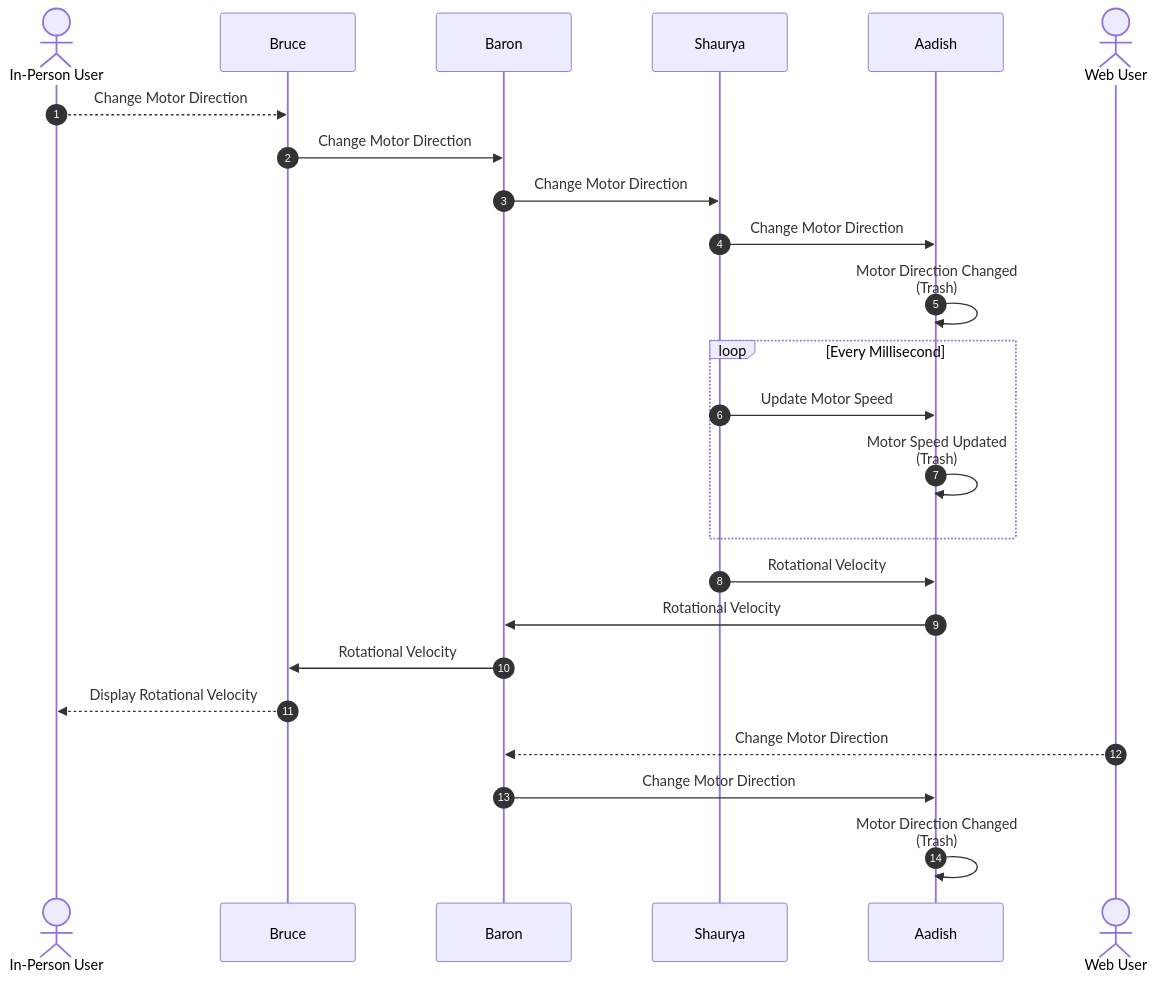
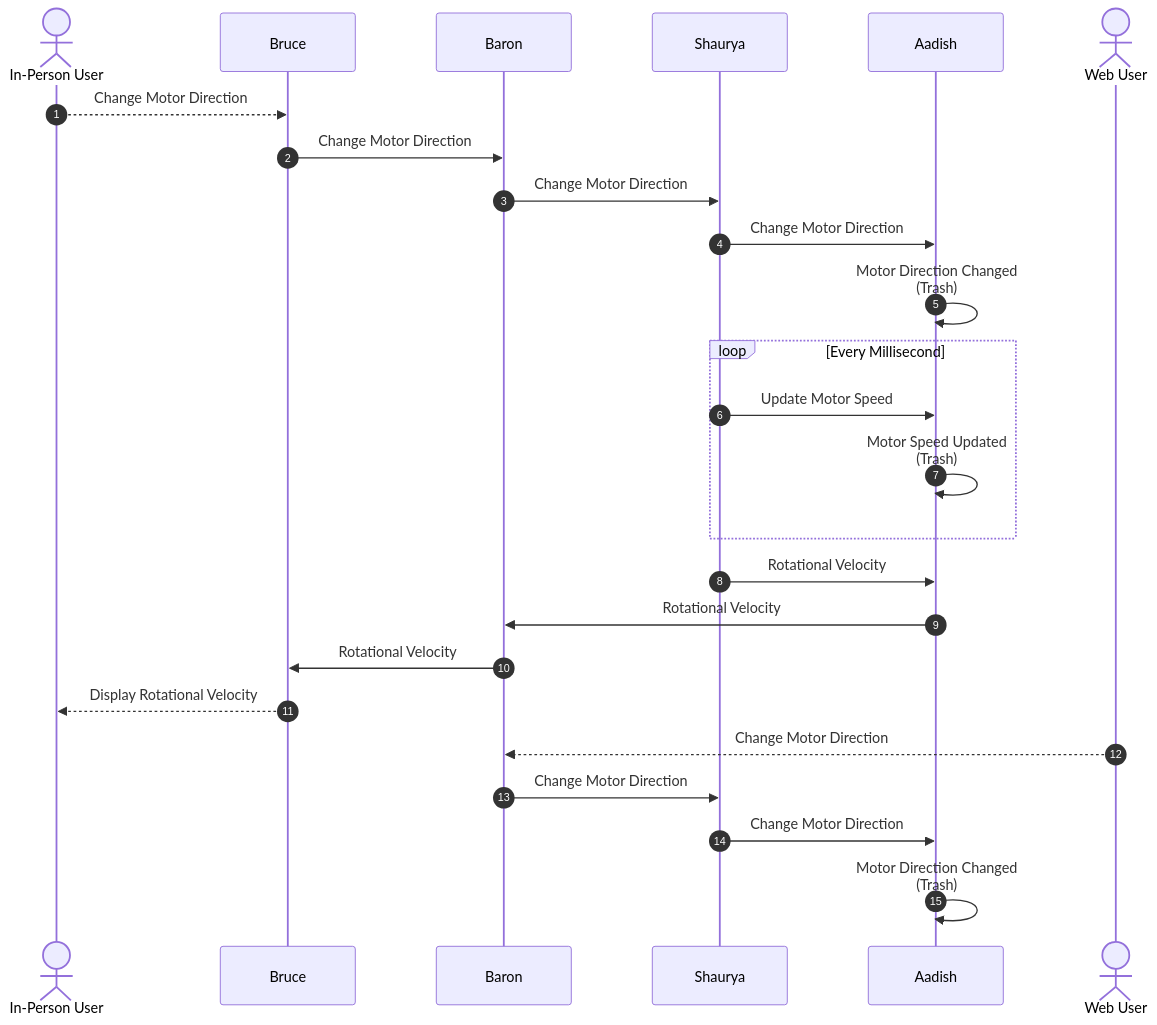
The diagram in docs/Block-Process-Diagrams-Message-Structure.md (EGR314-2025-S-309B/EGR314-2025-S-309B.github.io), drawn with Mermaid before and after one commit.

````diff
--- a/docs/Block-Process-Diagrams-Message-Structure.md
+++ b/docs/Block-Process-Diagrams-Message-Structure.md
@@ -17,22 +17,23 @@
 ``` mermaid
 sequenceDiagram
 autonumber
 actor In-Person User
 In-Person User-->>Bruce: Change Motor Direction
 Bruce->>Baron: Change Motor Direction
 Baron->>Shaurya: Change Motor Direction
 Shaurya->>Aadish: Change Motor Direction
 Aadish->>Aadish: Motor Direction Changed<br>(Trash)
 loop Every Millisecond
   Shaurya->>Aadish: Update Motor Speed
   Aadish->>Aadish: Motor Speed Updated<br>(Trash)
 end
 Shaurya->>Aadish: Rotational Velocity
 Aadish->>Baron: Rotational Velocity
 Baron->>Bruce: Rotational Velocity
 Bruce-->>In-Person User: Display Rotational Velocity
 actor Web User
 Web User-->>Baron: Change Motor Direction
-Baron->>Aadish: Change Motor Direction
+Baron->>Shaurya: Change Motor Direction
+Shaurya->>Aadish: Change Motor Direction
 Aadish->>Aadish: Motor Direction Changed<br>(Trash)
 ```
````
